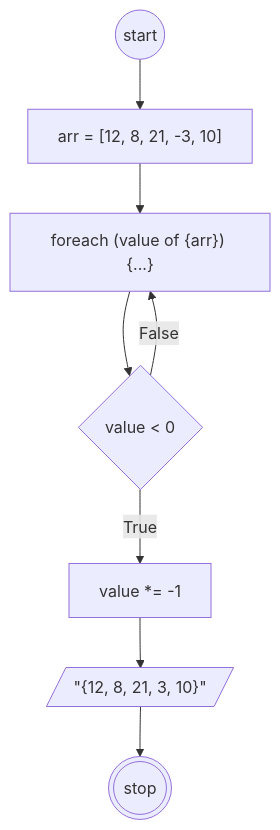
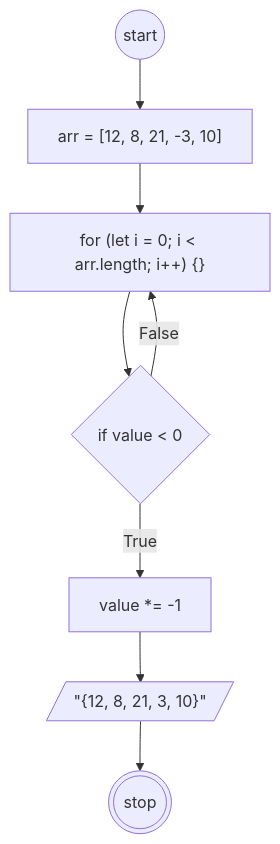
One commit to bildanjhry/Koda-b8-Algoritma changed the diagram in readme.md. Above: the diagram before and after it, drawn with Mermaid.

````diff
--- a/readme.md
+++ b/readme.md
@@ -20,14 +20,14 @@
 ```mermaid
 flowchart TD
 
 start@{shape: circle, label: "start"}
 num@{shape: rect, label: "arr = [12, 8, 21, -3, 10]"}
-for@{shape: rect, label: "foreach (value of {arr}) {...}"}
-con@{shape: diam, label: "value < 0 "}
+for@{shape: rect, label: "for (let i = 0; i < arr.length; i++) {}"}
+con@{shape: diam, label: "if value < 0 "}
 true@{shape: rect, label: "value *= -1"}
 out@{shape: lean-r, label: '"{12, 8, 21, 3, 10}"'}
 stop@{shape: double-circle, label : "stop"}
 start-->num-->for-->con-- True -->true-->out-->stop
 con -- False -->for
 
 ```
````
